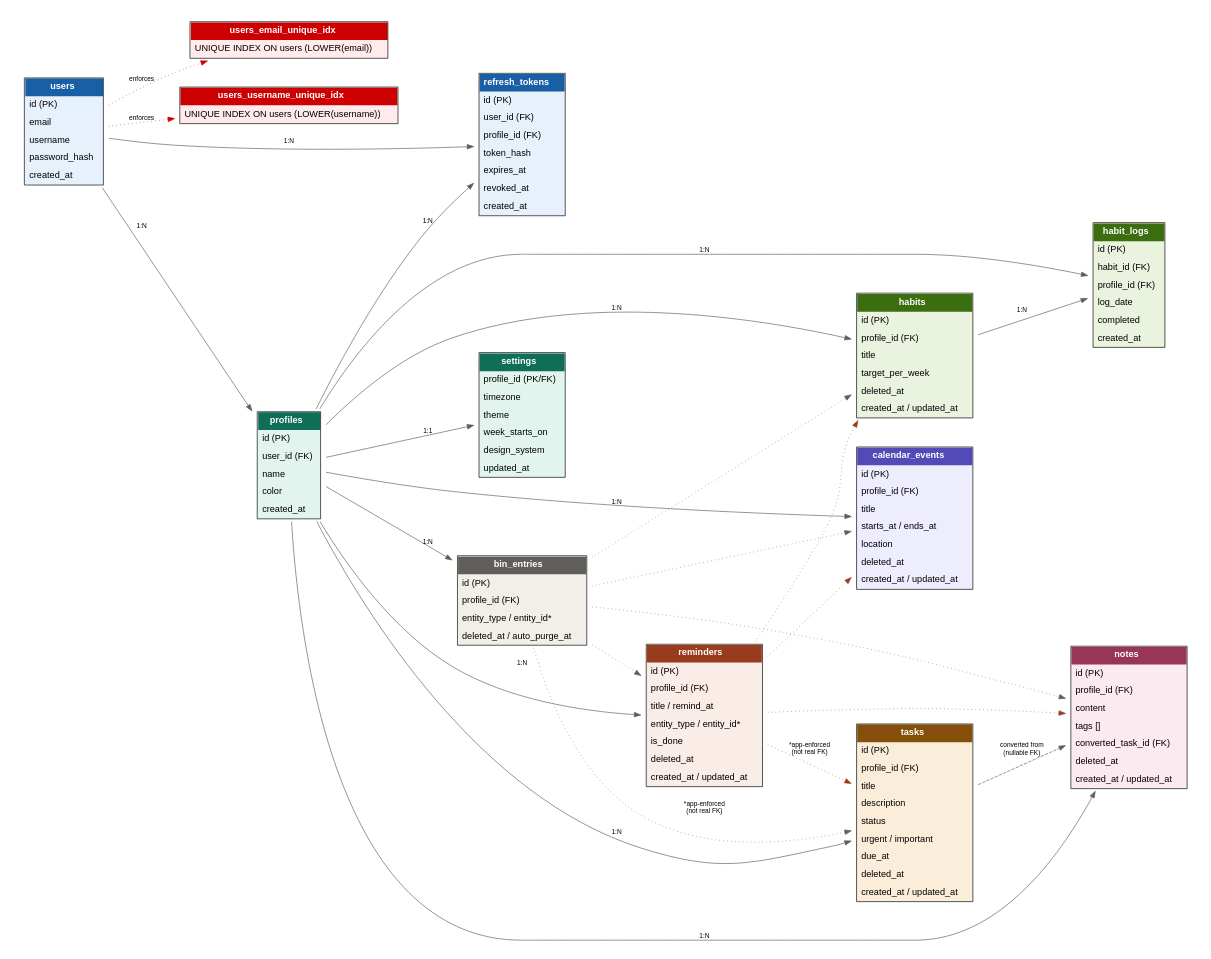
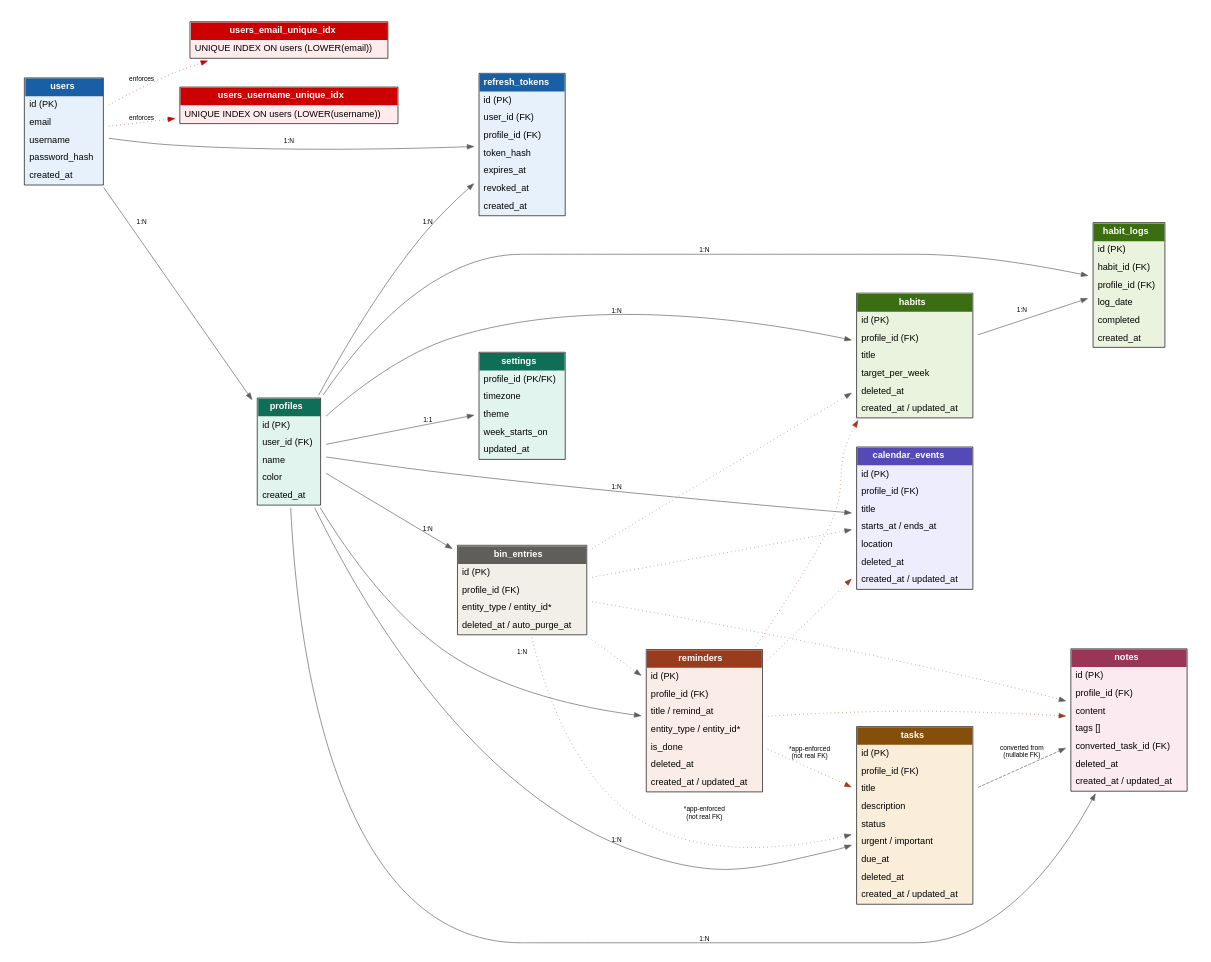
The diagram in db/schema-erd.dot (BhavanathJ/second-brain), drawn with Graphviz before and after one commit. The commit also changed 18 other files, not shown here.

Commit message:
Update schema ERD: remove design_system from settings table, regenerate SVG, remove PNG

```diff
--- a/db/schema-erd.dot
+++ b/db/schema-erd.dot
@@ -1,167 +1,166 @@
 digraph SecondBrainSchema {
   rankdir=LR;
   graph [fontname="Helvetica", bgcolor="white", pad=0.3, nodesep=0.5, ranksep=0.8];
   node [shape=plaintext, fontname="Helvetica"];
   edge [fontname="Helvetica", fontsize=10, color="#5f5e5a"];
 
   users [label=<
     <table border="1" cellborder="0" cellspacing="0" cellpadding="6" bgcolor="#E6F1FB">
       <tr><td bgcolor="#185FA5"><font color="white"><b>users</b></font></td></tr>
       <tr><td align="left">id (PK)</td></tr>
       <tr><td align="left">email</td></tr>
       <tr><td align="left">username</td></tr>
       <tr><td align="left">password_hash</td></tr>
       <tr><td align="left">created_at</td></tr>
     </table>>];
 
   users_email_unique_idx [label=<
     <table border="1" cellborder="0" cellspacing="0" cellpadding="6" bgcolor="#FFEBEB">
       <tr><td bgcolor="#CC0000"><font color="white"><b>users_email_unique_idx</b></font></td></tr>
       <tr><td align="left">UNIQUE INDEX ON users (LOWER(email))</td></tr>
     </table>>];
 
   users_username_unique_idx [label=<
     <table border="1" cellborder="0" cellspacing="0" cellpadding="6" bgcolor="#FFEBEB">
       <tr><td bgcolor="#CC0000"><font color="white"><b>users_username_unique_idx</b></font></td></tr>
       <tr><td align="left">UNIQUE INDEX ON users (LOWER(username))</td></tr>
     </table>>];
 
   profiles [label=<
     <table border="1" cellborder="0" cellspacing="0" cellpadding="6" bgcolor="#E1F5EE">
       <tr><td bgcolor="#0F6E56"><font color="white"><b>profiles</b></font></td></tr>
       <tr><td align="left">id (PK)</td></tr>
       <tr><td align="left">user_id (FK)</td></tr>
       <tr><td align="left">name</td></tr>
       <tr><td align="left">color</td></tr>
       <tr><td align="left">created_at</td></tr>
     </table>>];
 
   refresh_tokens [label=<
     <table border="1" cellborder="0" cellspacing="0" cellpadding="6" bgcolor="#E6F1FB">
       <tr><td bgcolor="#185FA5"><font color="white"><b>refresh_tokens</b></font></td></tr>
       <tr><td align="left">id (PK)</td></tr>
       <tr><td align="left">user_id (FK)</td></tr>
       <tr><td align="left">profile_id (FK)</td></tr>
       <tr><td align="left">token_hash</td></tr>
       <tr><td align="left">expires_at</td></tr>
       <tr><td align="left">revoked_at</td></tr>
       <tr><td align="left">created_at</td></tr>
     </table>>];
 
   settings [label=<
     <table border="1" cellborder="0" cellspacing="0" cellpadding="6" bgcolor="#E1F5EE">
       <tr><td bgcolor="#0F6E56"><font color="white"><b>settings</b></font></td></tr>
       <tr><td align="left">profile_id (PK/FK)</td></tr>
       <tr><td align="left">timezone</td></tr>
       <tr><td align="left">theme</td></tr>
       <tr><td align="left">week_starts_on</td></tr>
-      <tr><td align="left">design_system</td></tr>
       <tr><td align="left">updated_at</td></tr>
     </table>>];
 
   tasks [label=<
     <table border="1" cellborder="0" cellspacing="0" cellpadding="6" bgcolor="#FAEEDA">
       <tr><td bgcolor="#854F0B"><font color="white"><b>tasks</b></font></td></tr>
       <tr><td align="left">id (PK)</td></tr>
       <tr><td align="left">profile_id (FK)</td></tr>
       <tr><td align="left">title</td></tr>
       <tr><td align="left">description</td></tr>
       <tr><td align="left">status</td></tr>
       <tr><td align="left">urgent / important</td></tr>
       <tr><td align="left">due_at</td></tr>
       <tr><td align="left">deleted_at</td></tr>
       <tr><td align="left">created_at / updated_at</td></tr>
     </table>>];
 
   notes [label=<
     <table border="1" cellborder="0" cellspacing="0" cellpadding="6" bgcolor="#FBEAF0">
       <tr><td bgcolor="#993556"><font color="white"><b>notes</b></font></td></tr>
       <tr><td align="left">id (PK)</td></tr>
       <tr><td align="left">profile_id (FK)</td></tr>
       <tr><td align="left">content</td></tr>
       <tr><td align="left">tags []</td></tr>
       <tr><td align="left">converted_task_id (FK)</td></tr>
       <tr><td align="left">deleted_at</td></tr>
       <tr><td align="left">created_at / updated_at</td></tr>
     </table>>];
 
   habits [label=<
     <table border="1" cellborder="0" cellspacing="0" cellpadding="6" bgcolor="#EAF3DE">
       <tr><td bgcolor="#3B6D11"><font color="white"><b>habits</b></font></td></tr>
       <tr><td align="left">id (PK)</td></tr>
       <tr><td align="left">profile_id (FK)</td></tr>
       <tr><td align="left">title</td></tr>
       <tr><td align="left">target_per_week</td></tr>
       <tr><td align="left">deleted_at</td></tr>
       <tr><td align="left">created_at / updated_at</td></tr>
     </table>>];
 
   habit_logs [label=<
     <table border="1" cellborder="0" cellspacing="0" cellpadding="6" bgcolor="#EAF3DE">
       <tr><td bgcolor="#3B6D11"><font color="white"><b>habit_logs</b></font></td></tr>
       <tr><td align="left">id (PK)</td></tr>
       <tr><td align="left">habit_id (FK)</td></tr>
       <tr><td align="left">profile_id (FK)</td></tr>
       <tr><td align="left">log_date</td></tr>
       <tr><td align="left">completed</td></tr>
       <tr><td align="left">created_at</td></tr>
     </table>>];
 
   calendar_events [label=<
     <table border="1" cellborder="0" cellspacing="0" cellpadding="6" bgcolor="#EEEDFE">
       <tr><td bgcolor="#534AB7"><font color="white"><b>calendar_events</b></font></td></tr>
       <tr><td align="left">id (PK)</td></tr>
       <tr><td align="left">profile_id (FK)</td></tr>
       <tr><td align="left">title</td></tr>
       <tr><td align="left">starts_at / ends_at</td></tr>
       <tr><td align="left">location</td></tr>
       <tr><td align="left">deleted_at</td></tr>
       <tr><td align="left">created_at / updated_at</td></tr>
     </table>>];
 
   reminders [label=<
     <table border="1" cellborder="0" cellspacing="0" cellpadding="6" bgcolor="#FAECE7">
       <tr><td bgcolor="#993C1D"><font color="white"><b>reminders</b></font></td></tr>
       <tr><td align="left">id (PK)</td></tr>
       <tr><td align="left">profile_id (FK)</td></tr>
       <tr><td align="left">title / remind_at</td></tr>
       <tr><td align="left">entity_type / entity_id*</td></tr>
       <tr><td align="left">is_done</td></tr>
       <tr><td align="left">deleted_at</td></tr>
       <tr><td align="left">created_at / updated_at</td></tr>
     </table>>];
 
   bin_entries [label=<
     <table border="1" cellborder="0" cellspacing="0" cellpadding="6" bgcolor="#F1EFE8">
       <tr><td bgcolor="#5F5E5A"><font color="white"><b>bin_entries</b></font></td></tr>
       <tr><td align="left">id (PK)</td></tr>
       <tr><td align="left">profile_id (FK)</td></tr>
       <tr><td align="left">entity_type / entity_id*</td></tr>
       <tr><td align="left">deleted_at / auto_purge_at</td></tr>
     </table>>];
 
   users -> profiles [label="1:N"];
   users -> users_email_unique_idx [style=dotted color="#CC0000" label="enforces"];
   users -> users_username_unique_idx [style=dotted color="#CC0000" label="enforces"];
   users -> refresh_tokens [label="1:N"];
   profiles -> refresh_tokens [label="1:N"];
   profiles -> settings [label="1:1"];
   profiles -> tasks [label="1:N"];
   profiles -> notes [label="1:N"];
   profiles -> habits [label="1:N"];
   profiles -> habit_logs [label="1:N"];
   profiles -> calendar_events [label="1:N"];
   profiles -> reminders [label="1:N"];
   profiles -> bin_entries [label="1:N"];
   tasks -> notes [label="converted from\n(nullable FK)" style=dashed];
   habits -> habit_logs [label="1:N"];
   reminders -> tasks [label="*app-enforced\n(not real FK)" style=dotted color="#993C1D"];
   reminders -> habits [style=dotted color="#993C1D"];
   reminders -> calendar_events [style=dotted color="#993C1D"];
   reminders -> notes [style=dotted color="#993C1D"];
   bin_entries -> tasks [label="*app-enforced\n(not real FK)" style=dotted color="#5F5E5A"];
   bin_entries -> notes [style=dotted color="#5F5E5A"];
   bin_entries -> habits [style=dotted color="#5F5E5A"];
   bin_entries -> calendar_events [style=dotted color="#5F5E5A"];
   bin_entries -> reminders [style=dotted color="#5F5E5A"];
 }
```
